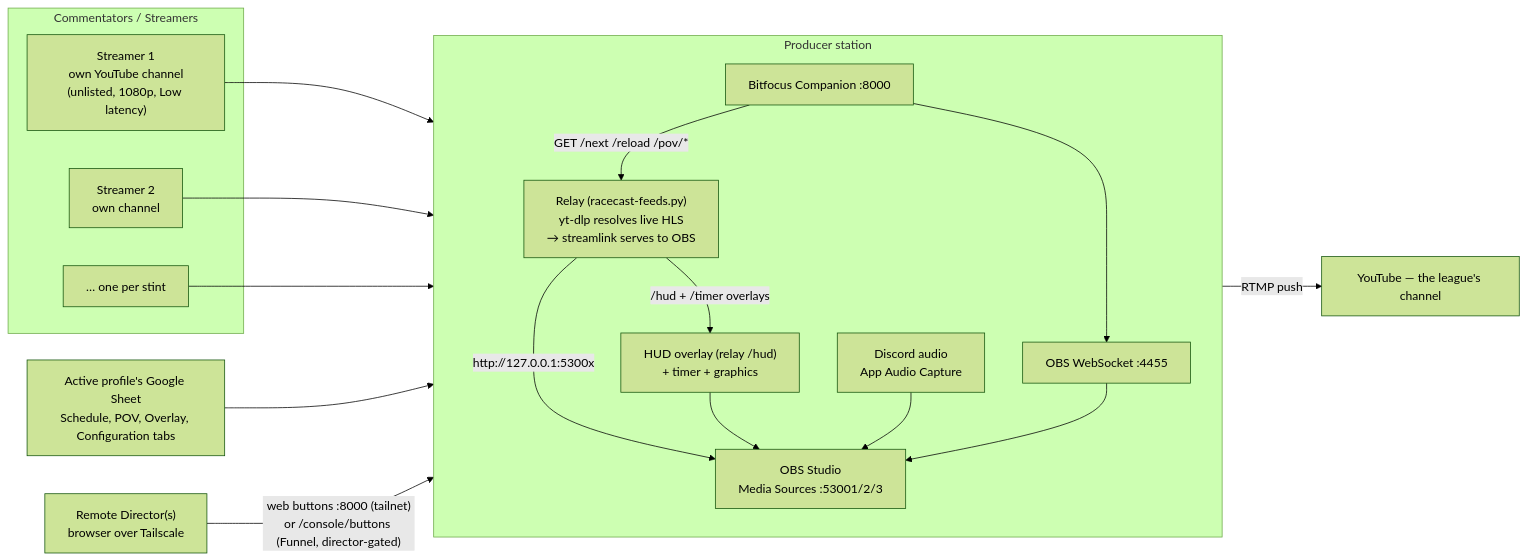
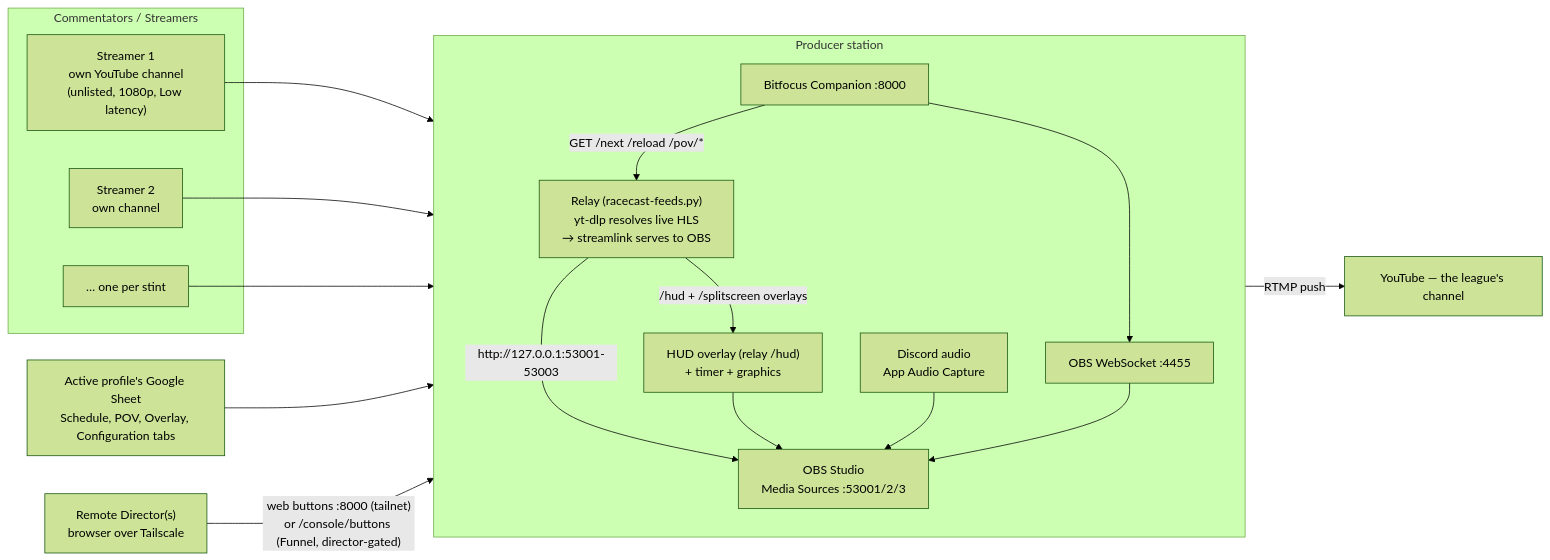
Before and after one commit to jegr78/gt-endurance-racing-broadcast: the first of 4 diagrams in src/docs/wiki/Architecture.md, drawn with Mermaid (forest theme). The commit also changed other lines of this file and 8 other files, not shown here.

````diff
--- a/src/docs/wiki/Architecture.md
+++ b/src/docs/wiki/Architecture.md
@@ -32,35 +32,35 @@
 ```mermaid
 flowchart LR
   subgraph Streamers["Commentators / Streamers"]
     S1["Streamer 1<br/>own YouTube channel<br/>(unlisted, 1080p, Low latency)"]
     S2["Streamer 2<br/>own channel"]
     Sn["… one per stint"]
   end
 
   subgraph Producer["Producer station"]
     direction TB
     RELAY["Relay (racecast-feeds.py)<br/>yt-dlp resolves live HLS<br/>→ streamlink serves to OBS"]
     OBS["OBS Studio<br/>Media Sources :53001/2/3"]
     HUD["HUD overlay (relay /hud)<br/>+ timer + graphics"]
     DISC["Discord audio<br/>App Audio Capture"]
     WS["OBS WebSocket :4455"]
     COMP["Bitfocus Companion :8000"]
   end
 
   SHEET["Active profile's Google Sheet<br/>Schedule, POV, Overlay, Configuration tabs"]
   YT["YouTube — the league's channel"]
   DIR["Remote Director(s)<br/>browser over Tailscale"]
 
   S1 --> RELAY
   S2 --> RELAY
   Sn --> RELAY
-  RELAY -->|"http://127.0.0.1:5300x"| OBS
+  RELAY -->|"http://127.0.0.1:53001-53003"| OBS
   SHEET --> RELAY
-  RELAY -->|"/hud + /timer overlays"| HUD
+  RELAY -->|"/hud + /splitscreen overlays"| HUD
   HUD --> OBS
   DISC --> OBS
   OBS -->|RTMP push| YT
   COMP --> WS --> OBS
   COMP -->|"GET /next /reload /pov/*"| RELAY
   DIR -->|"web buttons :8000 (tailnet)<br/>or /console/buttons (Funnel, director-gated)"| COMP
 ```
````
